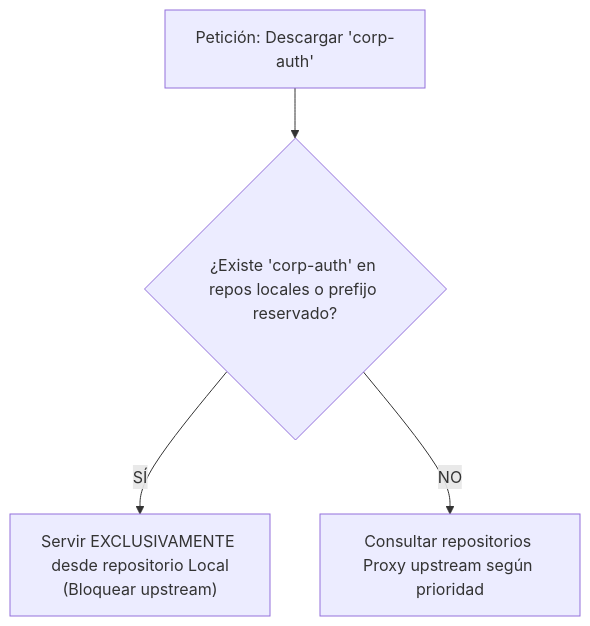
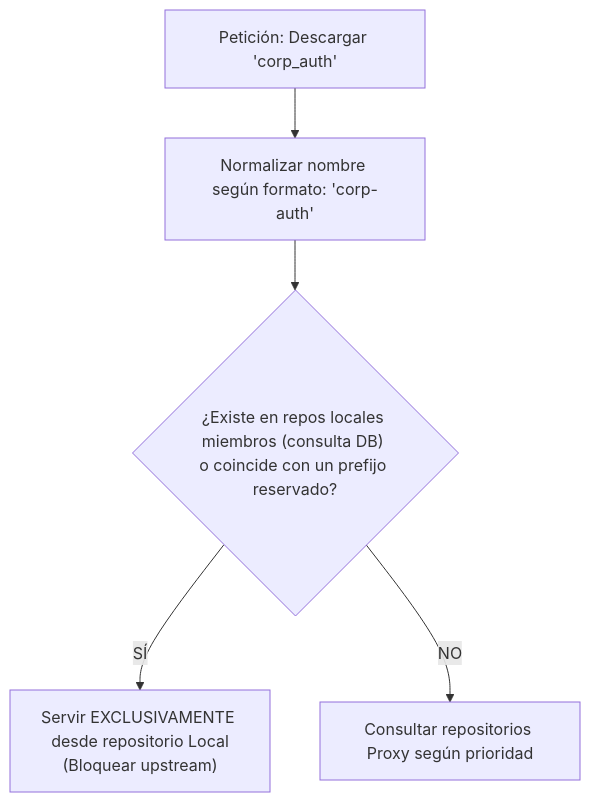
Before and after one commit to CesarAchig/Kinara-Registry: the fourth of 4 diagrams in Planification/04-tipos-de-repositorios.md, drawn with Mermaid. The commit also changed other lines of this file and 10 other files, not shown here.

````diff
--- a/Planification/04-tipos-de-repositorios.md
+++ b/Planification/04-tipos-de-repositorios.md
@@ -97,6 +127,7 @@
 ```mermaid
 flowchart TD
-    Req[Petición: Descargar 'corp-auth'] --> Check{"¿Existe 'corp-auth' en repos locales o prefijo reservado?"}
+    Req["Petición: Descargar 'corp_auth'"] --> Norm["Normalizar nombre según formato: 'corp-auth'"]
+    Norm --> Check{"¿Existe en repos locales miembros (consulta DB) o coincide con un prefijo reservado?"}
     Check -- SÍ --> ServeLocal["Servir EXCLUSIVAMENTE desde repositorio Local\n(Bloquear upstream)"]
-    Check -- NO --> CheckProxy["Consultar repositorios Proxy upstream según prioridad"]
+    Check -- NO --> CheckProxy["Consultar repositorios Proxy según prioridad"]
 ```
````
